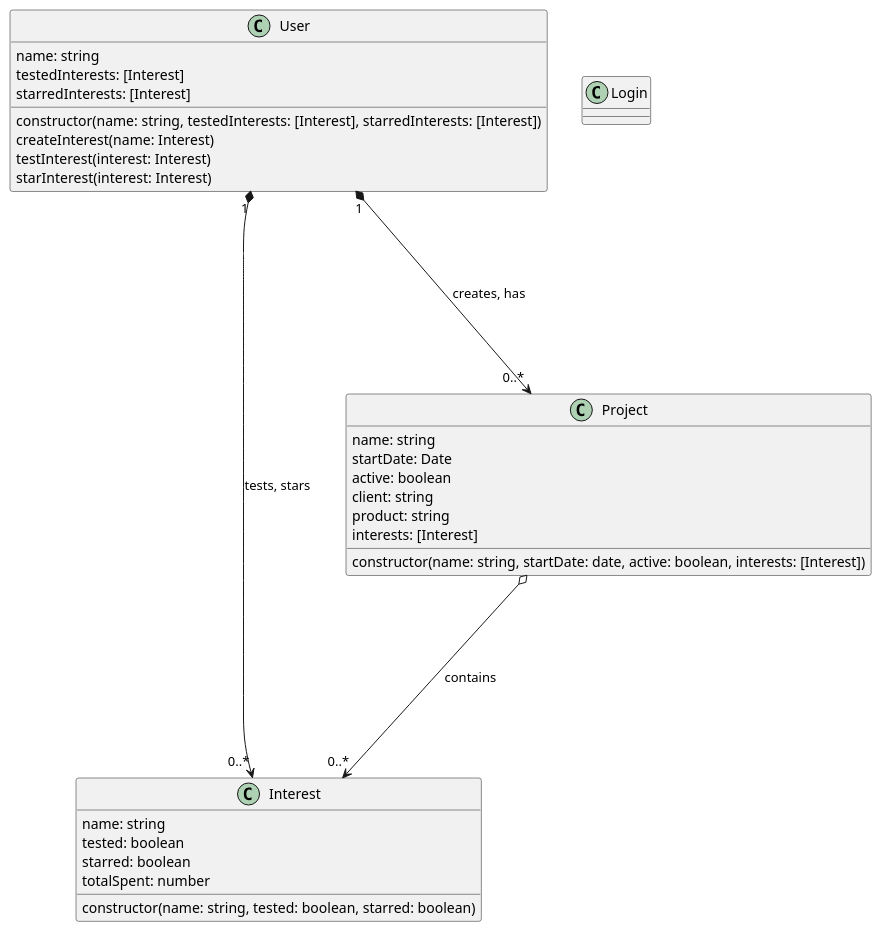
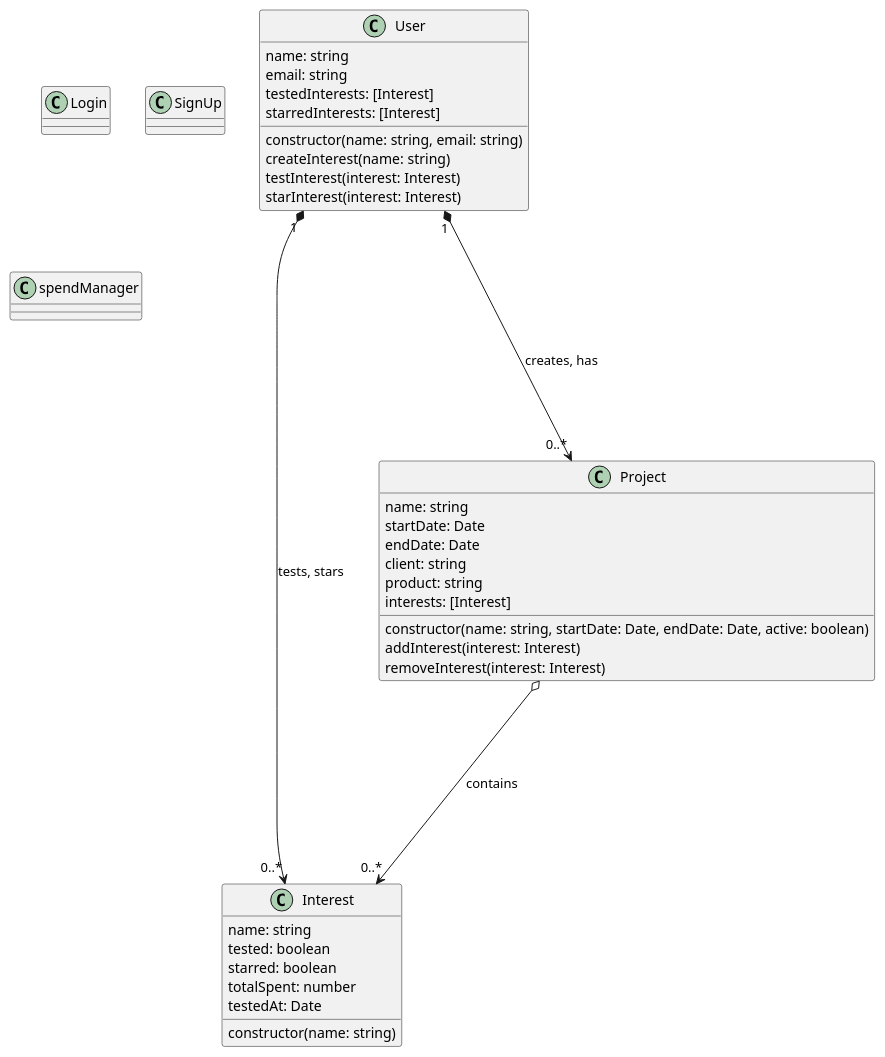
The diagram in architecture/class.puml (HauWv/interest-finder), drawn with PlantUML before and after one commit.

Commit message:
Update UML

```diff
--- a/architecture/class.puml
+++ b/architecture/class.puml
@@ -1,38 +1,44 @@
 @startuml Marketing-Project Class Diagram
 class User {
     name: string
+    email: string
     testedInterests: [Interest]
     starredInterests: [Interest]
-    constructor(name: string, testedInterests: [Interest], starredInterests: [Interest])
-    createInterest(name: Interest)
+    constructor(name: string, email: string)
+    createInterest(name: string)
     testInterest(interest: Interest)
     starInterest(interest: Interest)
 }
 
 class Interest {
     name: string
     tested: boolean
     starred: boolean
     totalSpent: number
-    constructor(name: string, tested: boolean, starred: boolean)
+    testedAt: Date
+    constructor(name: string)
 }
 
 class Project {
     name: string
     startDate: Date
-    active: boolean
+    endDate: Date
     client: string
     product: string
     interests: [Interest]
-    constructor(name: string, startDate: date, active: boolean, interests: [Interest])
+    constructor(name: string, startDate: Date, endDate: Date, active: boolean)
+    addInterest(interest: Interest)
+    removeInterest(interest: Interest)
 }
 
-class Login {
-    
-}
+class Login {}
+
+class SignUp {}
+
+class spendManager {}
 
 User "1" *----> "0..*" Interest : tests, stars
 User "1" *----> "0..*" Project : creates, has
 Project o----> "0..*" Interest : contains
 
 @enduml
```
